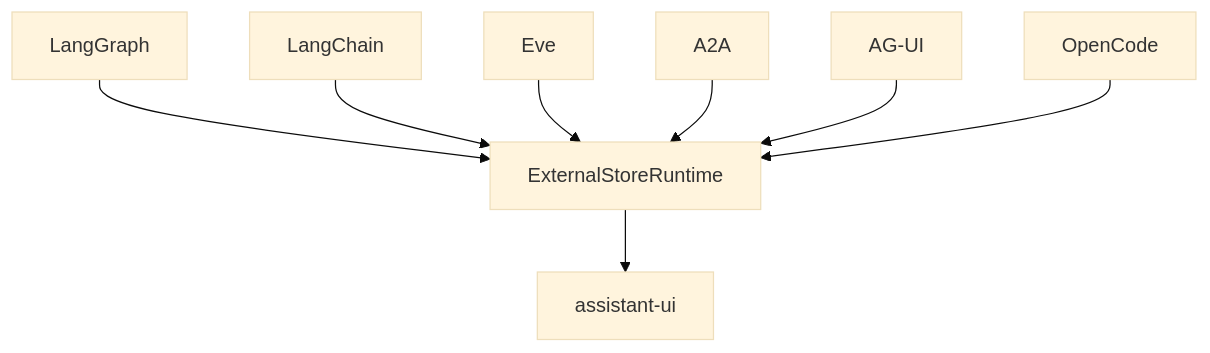
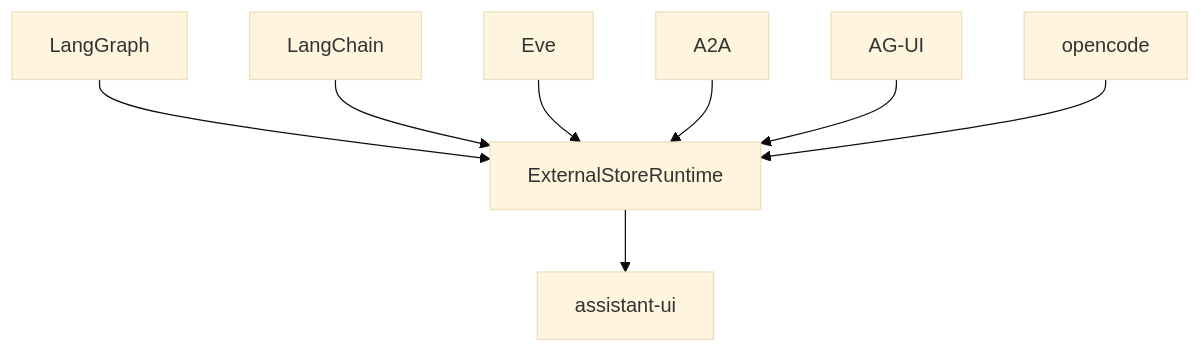
The third of 8 diagrams in docs/ARCHITECTURE.md (tbrandenburg/agentilogue), drawn with Mermaid (base theme) before and after one commit. The commit also changed other lines of this file, not shown here.

Commit message:
docs: normalize opencode naming

````diff
--- a/docs/ARCHITECTURE.md
+++ b/docs/ARCHITECTURE.md
@@ -64,18 +64,18 @@
 ```mermaid
 flowchart TB
     LG["LangGraph"]
     LC["LangChain"]
     EVE["Eve"]
     A2A["A2A"]
     AGUI["AG-UI"]
-    OC["OpenCode"]
+    OC["opencode"]
 
     LG --> ESR["ExternalStoreRuntime"]
     LC --> ESR
     EVE --> ESR
     A2A --> ESR
     AGUI --> ESR
     OC --> ESR
 
     ESR --> UI["assistant-ui"]
 ```
````
